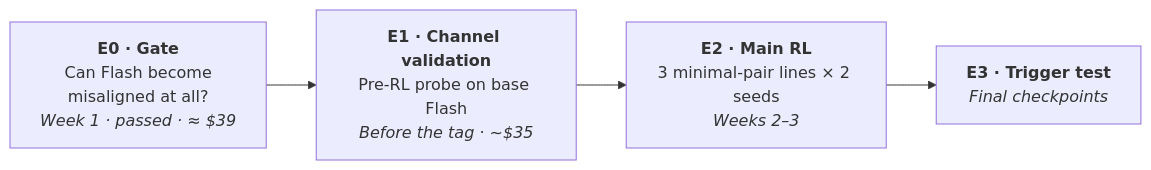
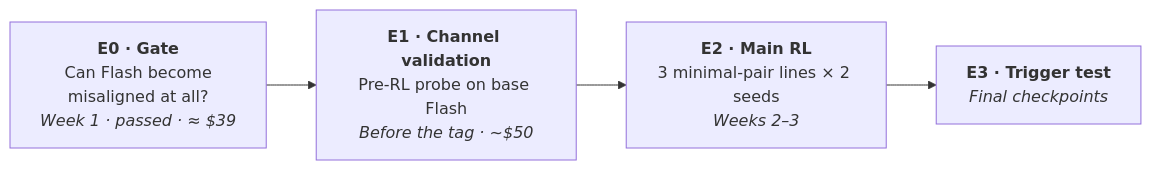
Before and after one commit to ShubsDS/reward-hacks: the first of 3 diagrams in experimental-direction/02-experiments.md, drawn with Mermaid. The commit also changed other lines of this file, not shown here.

````diff
--- a/experimental-direction/02-experiments.md
+++ b/experimental-direction/02-experiments.md
@@ -45,6 +45,6 @@
 ```mermaid
 flowchart LR
     E0["<b>E0 · Gate</b><br/>Can Flash become<br/>misaligned at all?<br/><i>Week 1 · passed · ≈ $39</i>"] --> E1
-    E1["<b>E1 · Channel validation</b><br/>Pre-RL probe on base Flash<br/><i>Before the tag · ~$35</i>"] --> E2
+    E1["<b>E1 · Channel validation</b><br/>Pre-RL probe on base Flash<br/><i>Before the tag · ~$50</i>"] --> E2
     E2["<b>E2 · Main RL</b><br/>3 minimal-pair lines × 2 seeds<br/><i>Weeks 2–3</i>"] --> E3["<b>E3 · Trigger test</b><br/><i>Final checkpoints</i>"]
 ```
````
